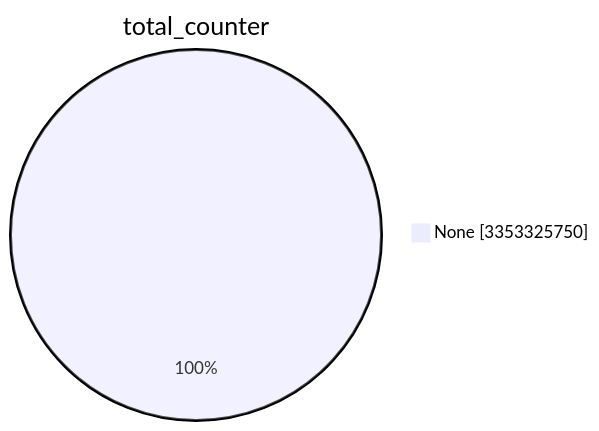
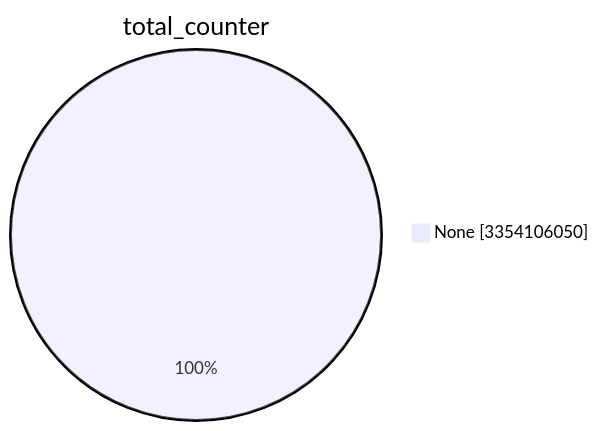
Before and after one commit to christiankrug/ctmonitor_visualization: the first of 15 diagrams in TOTAL/README.md, drawn with Mermaid. The commit also changed other lines of this file, not shown here.

````diff
--- a/TOTAL/README.md
+++ b/TOTAL/README.md
@@ -1,5 +1,5 @@
 ```mermaid
 pie showData
 title total_counter
-"None" :3353325750
+"None" :3354106050
 ```
````
